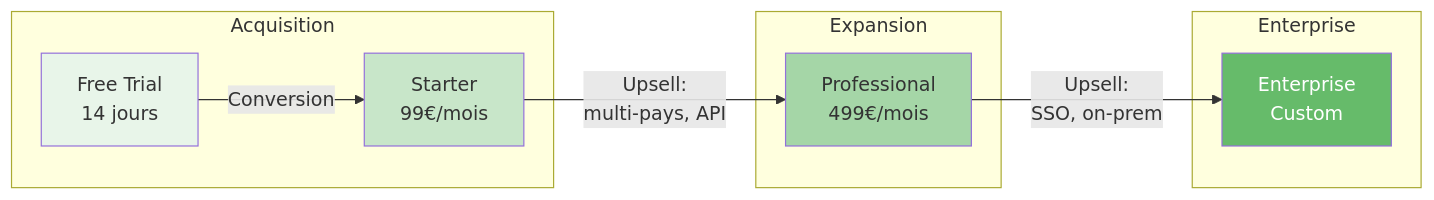
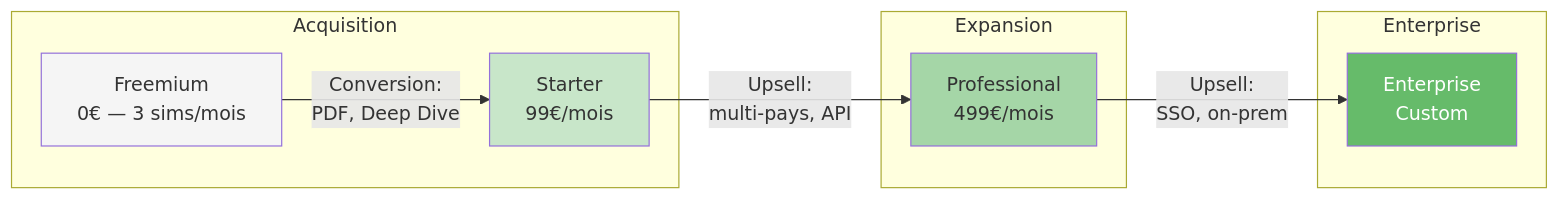
The first of 6 diagrams in README.md (nabz0r/Global-Green-Tax), drawn with Mermaid before and after one commit. The commit also changed other lines of this file and 1 other file, not shown here.

First line of the commit message:
docs: update README and architecture for Freemium tier, admin dashboard, data lake & AI pipeline

````diff
--- a/README.md
+++ b/README.md
@@ -54,24 +55,24 @@
 ```mermaid
 graph LR
     subgraph Acquisition
-        FREEMIUM["Free Trial<br/>14 jours"]
+        FREE["Freemium<br/>0€ — 3 sims/mois"]
         STARTER["Starter<br/>99€/mois"]
     end
 
     subgraph Expansion
         PRO["Professional<br/>499€/mois"]
     end
 
     subgraph Enterprise
         ENT["Enterprise<br/>Custom"]
     end
 
-    FREEMIUM -->|"Conversion"| STARTER
+    FREE -->|"Conversion:<br/>PDF, Deep Dive"| STARTER
     STARTER -->|"Upsell:<br/>multi-pays, API"| PRO
     PRO -->|"Upsell:<br/>SSO, on-prem"| ENT
 
-    style FREEMIUM fill:#e8f5e9
+    style FREE fill:#f5f5f5
     style STARTER fill:#c8e6c9
     style PRO fill:#a5d6a7
     style ENT fill:#66bb6a,color:#fff
 ```
````
